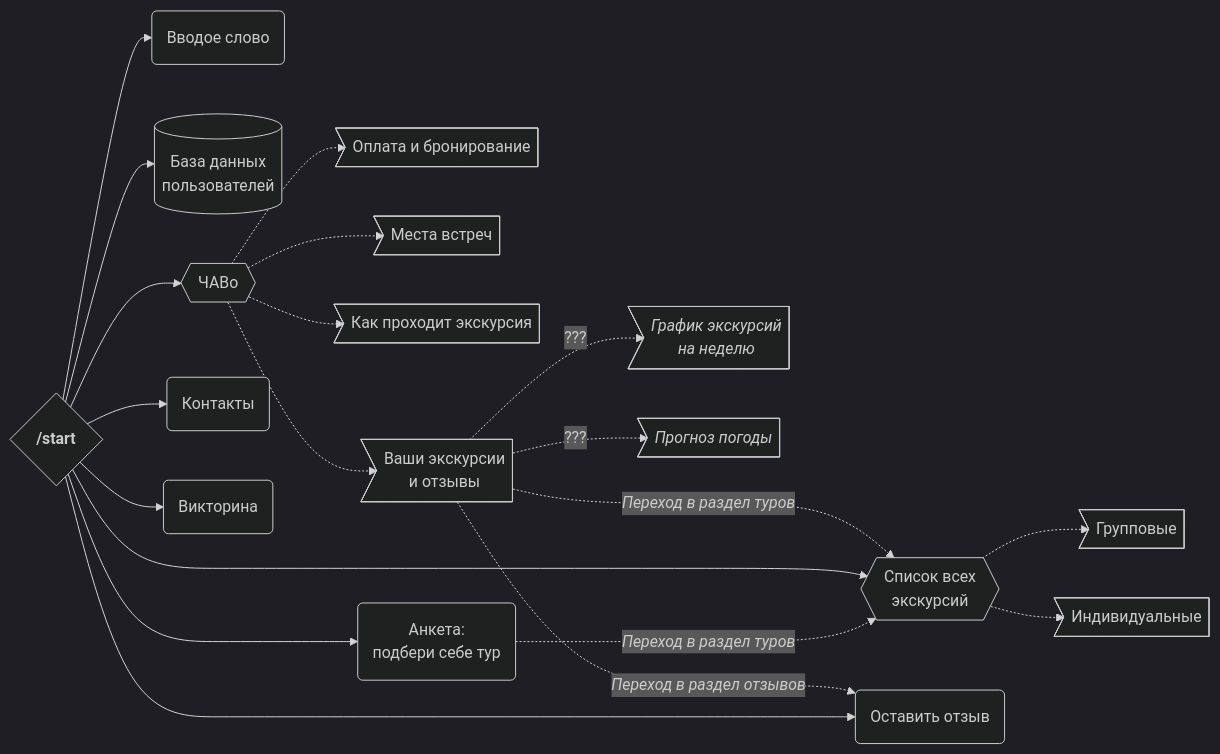
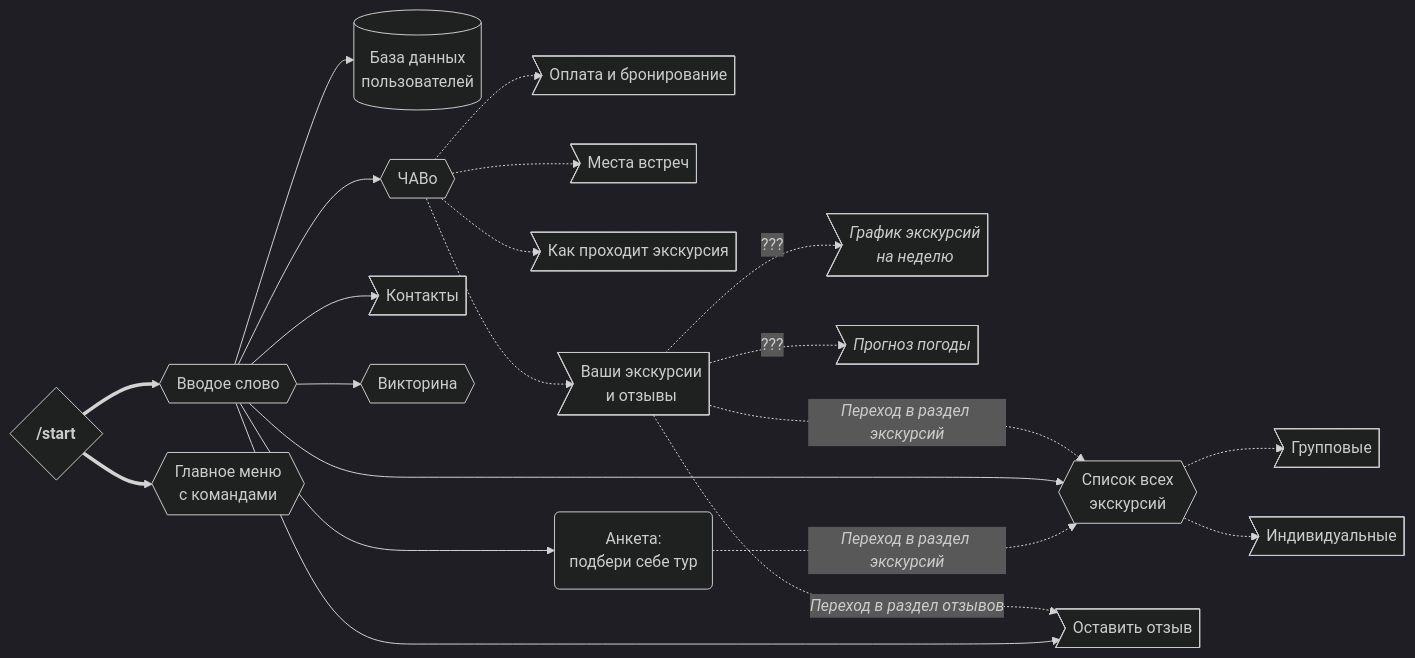
Before and after one commit to tropintropin/telegram_bot_peshehod_chat: the second of 2 diagrams in README.md, drawn with Mermaid (dark theme).

````diff
--- a/README.md
+++ b/README.md
@@ -55,23 +55,24 @@
 ```mermaid
 graph LR
     id0{<strong>/start</strong>}
-    id0 --> id1(Вводое слово)
-    id0 --> id8[(База данных<br>пользователей)]
-    id0 --> id2{{ЧАВо}}
+    id0 ==> id1{{Вводое слово}}
+    id0 ==> id9{{Главное меню<br>с командами}}
+    id1 --> id8[(База данных<br>пользователей)]
+    id1 --> id2{{ЧАВо}}
         id2 -.-> id20>Оплата и бронирование]
         id2 -.-> id21>Места встреч]
         id2 -.-> id22>Как проходит экскурсия]
         id2 -.-> id23>Ваши экскурсии<br>и отзывы]
             id23 -.->|???| id232><i>График экскурсий<br>на неделю</i>]
             id23 -.->|???| id230><i>Прогноз погоды</i>]
-            id23 -..->|<i>Переход в раздел туров</i>| id7
+            id23 -..->|<i>Переход в раздел экскурсий</i>| id7
             id23 -..->|<i>Переход в раздел отзывов</i>| id4
-    id0 --> id7{{Список всех<br>экскурсий}}
+    id1 --> id7{{Список всех<br>экскурсий}}
         id7 -.-> id71>Групповые]
         id7 -.-> id72>Индивидуальные]
-    id0 --> id3(Контакты)
-    id0 --> id4(Оставить отзыв)
-    id0 --> id5(Анкета:<br>подбери себе тур)
-        id5 -..->|<i>Переход в раздел туров</i>| id7
-    id0 --> id6(Викторина)
+    id1 --> id3>Контакты]
+    id1 --> id4>Оставить отзыв]
+    id1 --> id5(Анкета:<br>подбери себе тур)
+        id5 -..->|<i>Переход в раздел экскурсий</i>| id7
+    id1 --> id6{{Викторина}}
 ```
````
